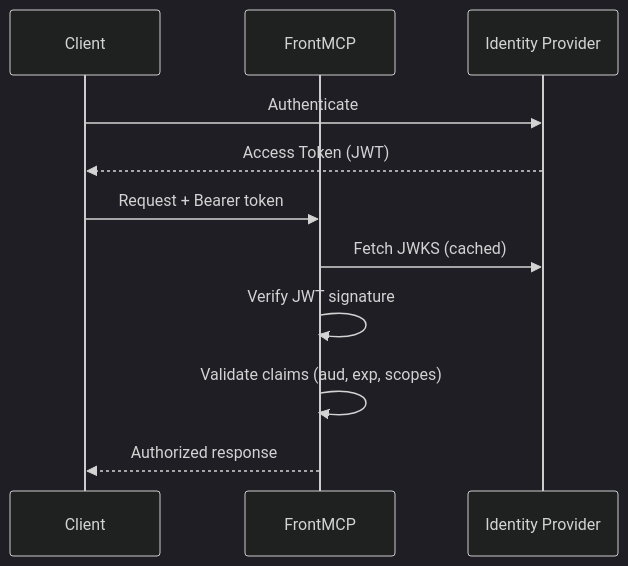
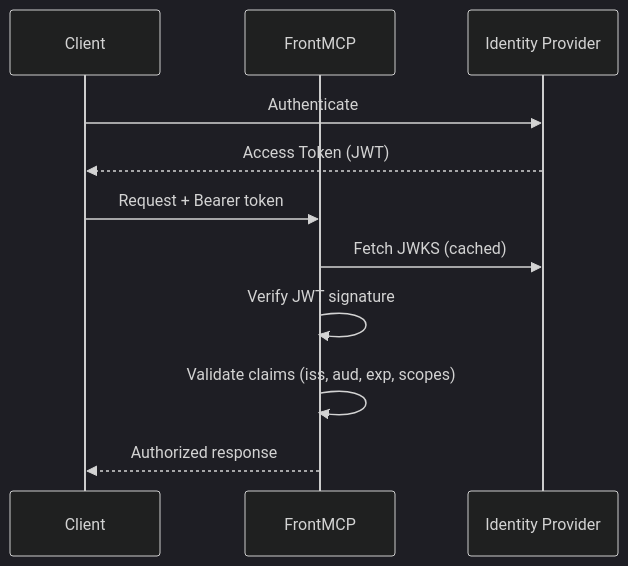
The third of 6 diagrams in docs/frontmcp/authentication/modes.mdx (agentfront/frontmcp), drawn with Mermaid (dark theme) before and after one commit. The commit also changed other lines of this file and 54 other files, not shown here.

````diff
--- a/docs/frontmcp/authentication/modes.mdx
+++ b/docs/frontmcp/authentication/modes.mdx
@@ -114,14 +114,14 @@
 ```mermaid
 sequenceDiagram
     participant Client
     participant FrontMCP
     participant IdP as Identity Provider
 
     Client->>IdP: Authenticate
     IdP-->>Client: Access Token (JWT)
     Client->>FrontMCP: Request + Bearer token
     FrontMCP->>IdP: Fetch JWKS (cached)
     FrontMCP->>FrontMCP: Verify JWT signature
-    FrontMCP->>FrontMCP: Validate claims (aud, exp, scopes)
+    FrontMCP->>FrontMCP: Validate claims (iss, aud, exp, scopes)
     FrontMCP-->>Client: Authorized response
 ```
````
